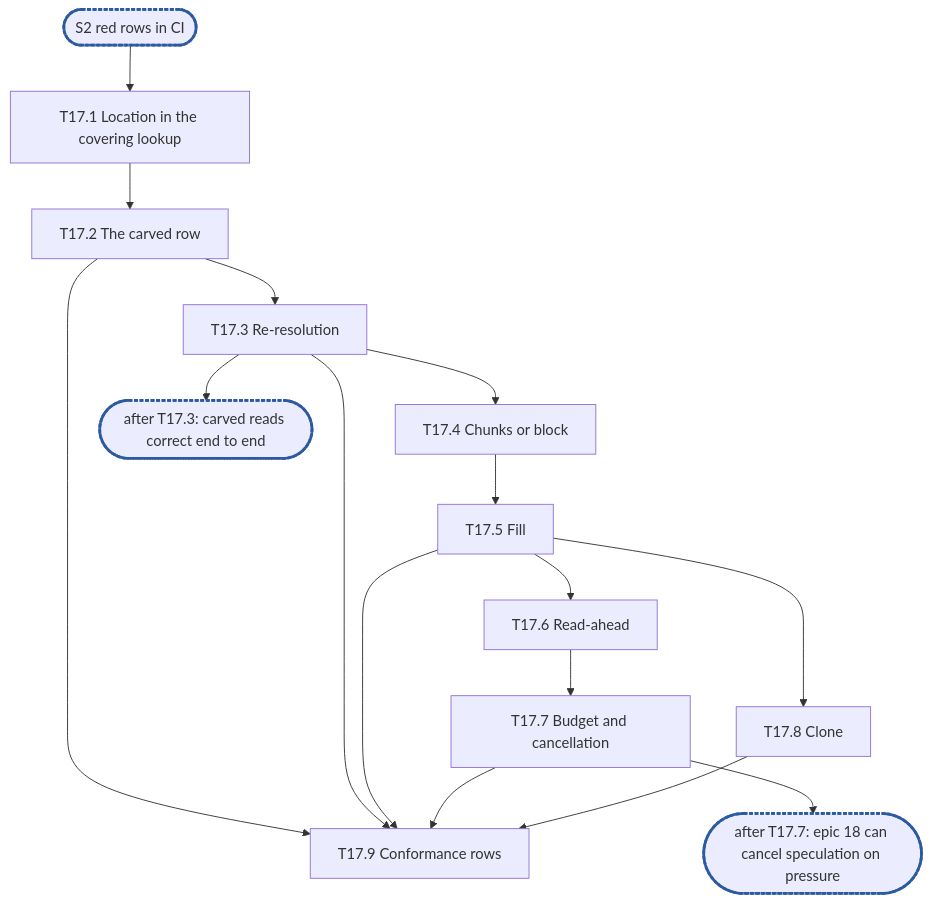
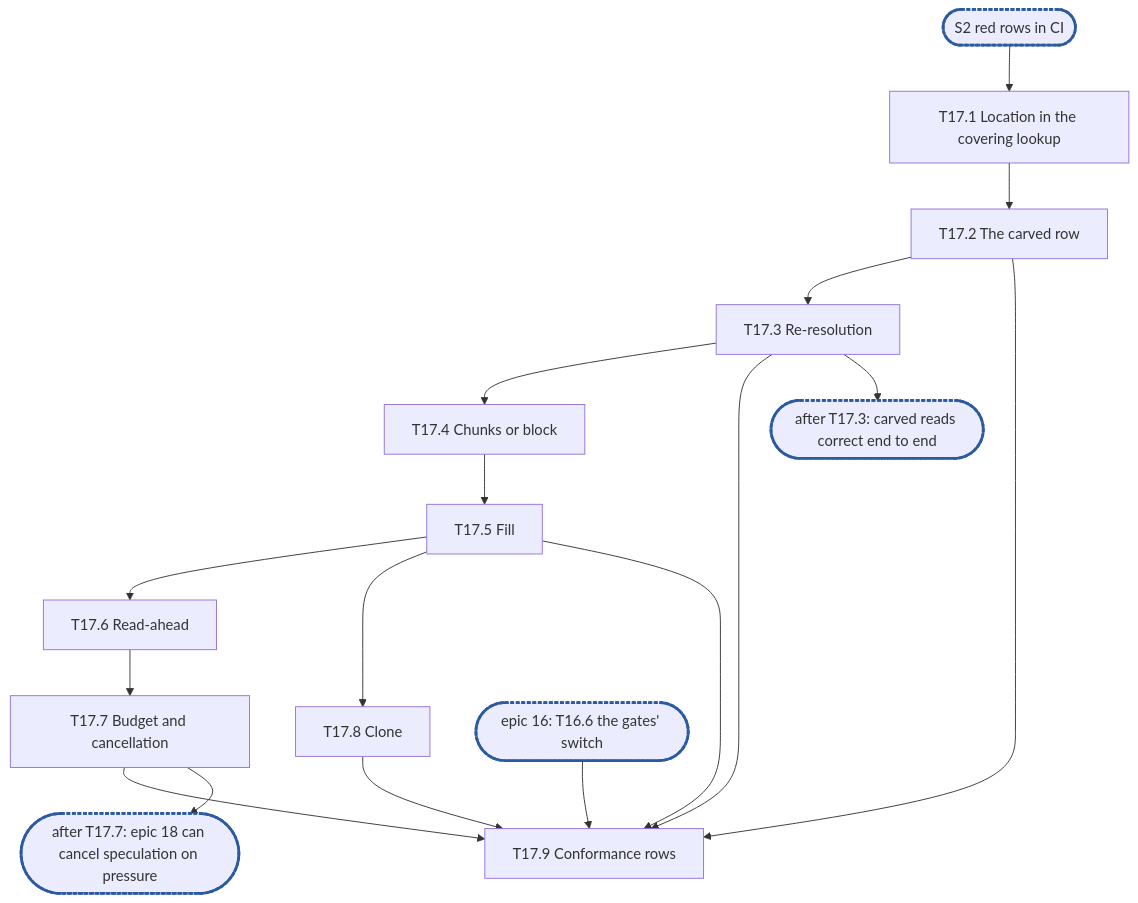
The diagram in .planning/rfc-8-offload-engine-epic17.md (cubbit/dittofs), drawn with Mermaid before and after one commit. The commit also changed other lines of this file and 1 other file, not shown here.

First line of the commit message:
docs(planning): epic 17 re-fetches a detached stream, names the fill site, builds WithoutReadahead

````diff
--- a/.planning/rfc-8-offload-engine-epic17.md
+++ b/.planning/rfc-8-offload-engine-epic17.md
@@ -660,11 +681,12 @@
 ```mermaid
 flowchart TD
   S2(["S2 red rows in CI"]):::sync --> T17_1["T17.1 Location in the covering lookup"]
   T17_1 --> T17_2["T17.2 The carved row"] --> T17_3["T17.3 Re-resolution"] --> T17_4["T17.4 Chunks or block"]
   T17_4 --> T17_5["T17.5 Fill"] --> T17_6["T17.6 Read-ahead"] --> T17_7["T17.7 Budget and cancellation"]
   T17_5 --> T17_8["T17.8 Clone"]
   T17_2 & T17_3 & T17_5 & T17_7 & T17_8 --> T17_9["T17.9 Conformance rows"]
+  EPIC16(["epic 16: T16.6 the gates' switch"]):::sync --> T17_9
   T17_3 --> C1(["after T17.3: carved reads correct end to end"]):::sync
   T17_7 --> C2(["after T17.7: epic 18 can cancel speculation on pressure"]):::sync
   classDef sync stroke:#2c5aa0,stroke-width:3px,stroke-dasharray:4 2
 ```
````
